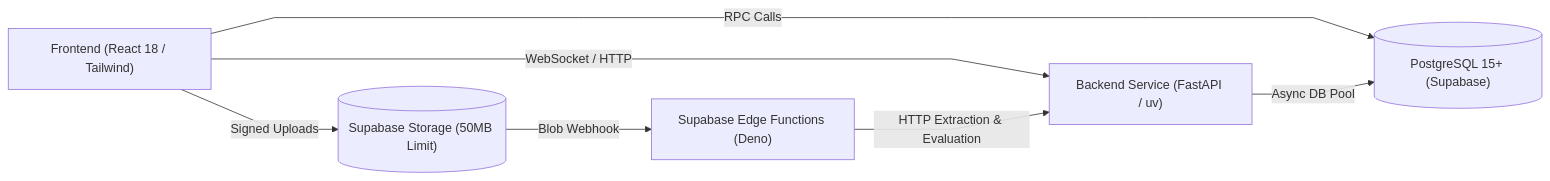
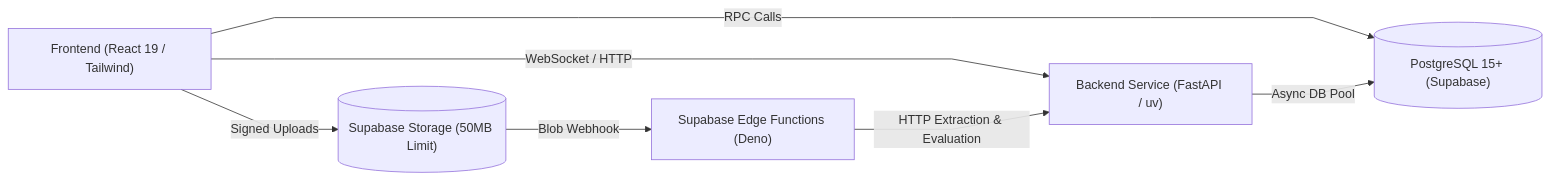
One commit to VictorBravo9er/Teacher-Assistant-Workspace changed the second of 2 diagrams in docs/knowledge_store/README.md. Above: the diagram before and after it, drawn with Mermaid. The commit also changed other lines of this file and 11 other files, not shown here.

Commit message:
docs(knowledge-store): synchronize macro and micro documentation for dual-engine knowledge architecture

````diff
--- a/docs/knowledge_store/README.md
+++ b/docs/knowledge_store/README.md
@@ -125,17 +125,17 @@
 ```mermaid
 %%{init: {'flowchart': {'curve': 'linear'}}}%%
 flowchart LR
-    Frontend["Frontend (React 18 / Tailwind)"]
+    Frontend["Frontend (React 19 / Tailwind)"]
     EdgeFns["Supabase Edge Functions (Deno)"]
     Backend["Backend Service (FastAPI / uv)"]
     DB[("PostgreSQL 15+ (Supabase)")]
     Storage[("Supabase Storage (50MB Limit)")]
 
     Frontend -->|Signed Uploads| Storage
     Frontend -->|WebSocket / HTTP| Backend
     Frontend -->|RPC Calls| DB
 
     Storage -->|Blob Webhook| EdgeFns
     EdgeFns -->|HTTP Extraction & Evaluation| Backend
     Backend -->|Async DB Pool| DB
 ```
````
